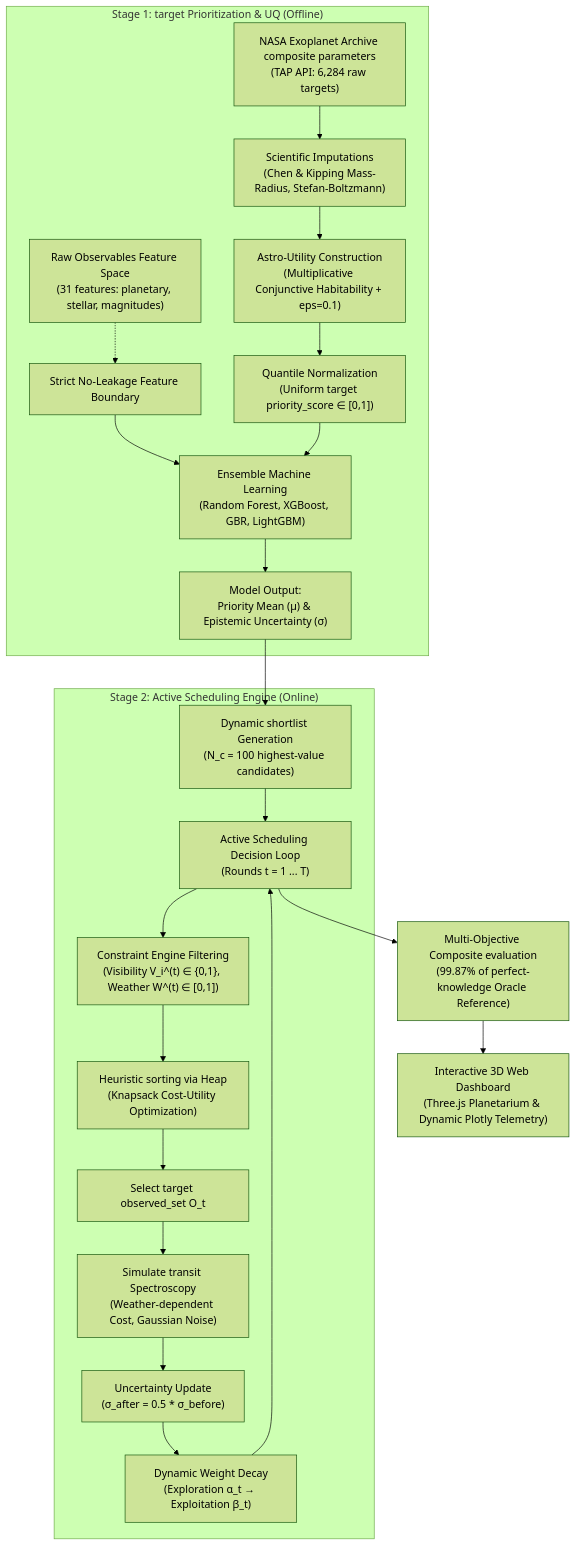
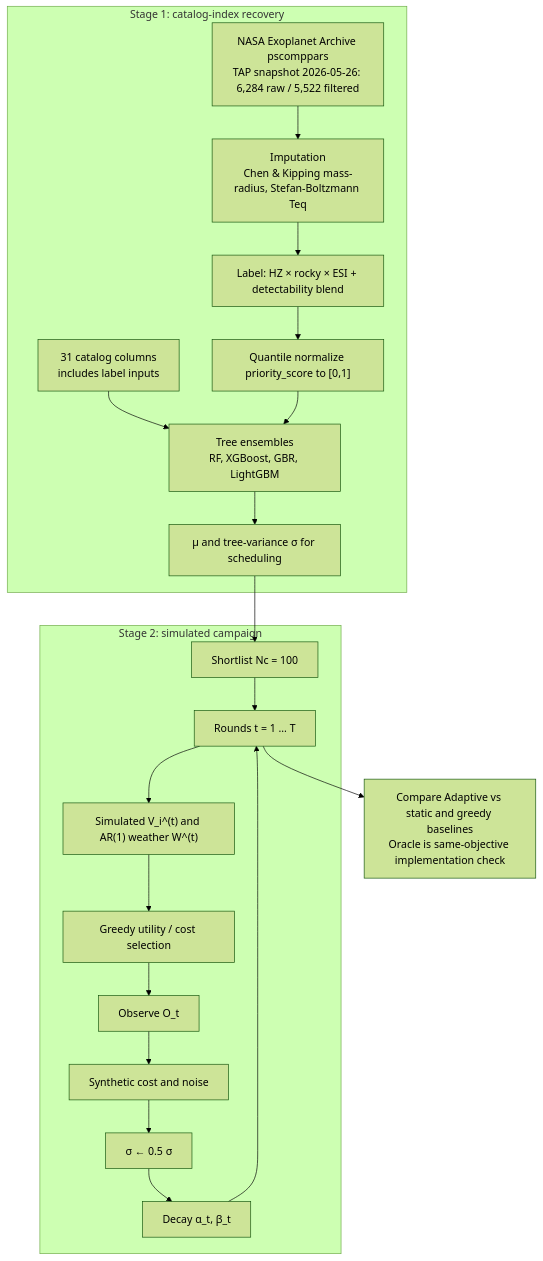
One commit to rushikesh-D69/water changed the first of 2 diagrams in README.md. Above: the diagram before and after it, drawn with Mermaid (forest theme). The commit also changed other lines of this file and 21 other files, not shown here.

````diff
--- a/README.md
+++ b/README.md
@@ -27,27 +27,25 @@
 ```mermaid
 flowchart TD
-    subgraph Stage1["Stage 1: target Prioritization & UQ (Offline)"]
-        A["NASA Exoplanet Archive composite parameters<br>(TAP API: 6,284 raw targets)"] --> B["Scientific Imputations<br>(Chen & Kipping Mass-Radius, Stefan-Boltzmann)"]
-        B --> C["Astro-Utility Construction<br>(Multiplicative Conjunctive Habitability + eps=0.1)"]
-        C --> D["Quantile Normalization<br>(Uniform target priority_score ∈ [0,1])"]
-        E["Raw Observables Feature Space<br>(31 features: planetary, stellar, magnitudes)"] -.-> F["Strict No-Leakage Feature Boundary"]
-        F --> G["Ensemble Machine Learning<br>(Random Forest, XGBoost, GBR, LightGBM)"]
+    subgraph Stage1["Stage 1: catalog-index recovery"]
+        A["NASA Exoplanet Archive pscomppars<br>TAP snapshot 2026-05-26: 6,284 raw / 5,522 filtered"] --> B["Imputation<br>Chen & Kipping mass-radius, Stefan-Boltzmann Teq"]
+        B --> C["Label: HZ × rocky × ESI + detectability blend"]
+        C --> D["Quantile normalize priority_score to [0,1]"]
+        E["31 catalog columns<br>includes label inputs"] --> G["Tree ensembles<br>RF, XGBoost, GBR, LightGBM"]
         D --> G
-        G --> H["Model Output:<br>Priority Mean (μ) & Epistemic Uncertainty (σ)"]
+        G --> H["μ and tree-variance σ for scheduling"]
     end
 
-    subgraph Stage2["Stage 2: Active Scheduling Engine (Online)"]
-        H --> I["Dynamic shortlist Generation<br>(N_c = 100 highest-value candidates)"]
-        I --> J["Active Scheduling Decision Loop<br>(Rounds t = 1 ... T)"]
-        J --> K["Constraint Engine Filtering<br>(Visibility V_i^(t) ∈ {0,1}, Weather W^(t) ∈ [0,1])"]
-        K --> L["Heuristic sorting via Heap<br>(Knapsack Cost-Utility Optimization)"]
-        L --> M["Select target observed_set O_t"]
-        M --> N["Simulate transit Spectroscopy<br>(Weather-dependent Cost, Gaussian Noise)"]
-        N --> O["Uncertainty Update<br>(σ_after = 0.5 * σ_before)"]
-        O --> P["Dynamic Weight Decay<br>(Exploration α_t → Exploitation β_t)"]
+    subgraph Stage2["Stage 2: simulated campaign"]
+        H --> I["Shortlist Nc = 100"]
+        I --> J["Rounds t = 1 ... T"]
+        J --> K["Simulated V_i^(t) and AR(1) weather W^(t)"]
+        K --> L["Greedy utility / cost selection"]
+        L --> M["Observe O_t"]
+        M --> N["Synthetic cost and noise"]
+        N --> O["σ ← 0.5 σ"]
+        O --> P["Decay α_t, β_t"]
         P --> J
     end
-    
-    J --> Q["Multi-Objective Composite evaluation<br>(99.87% of perfect-knowledge Oracle Reference)"]
-    Q --> R["Interactive 3D Web Dashboard<br>(Three.js Planetarium & Dynamic Plotly Telemetry)"]
+
+    J --> Q["Compare Adaptive vs static and greedy baselines<br>Oracle is same-objective implementation check"]
 ```
````
